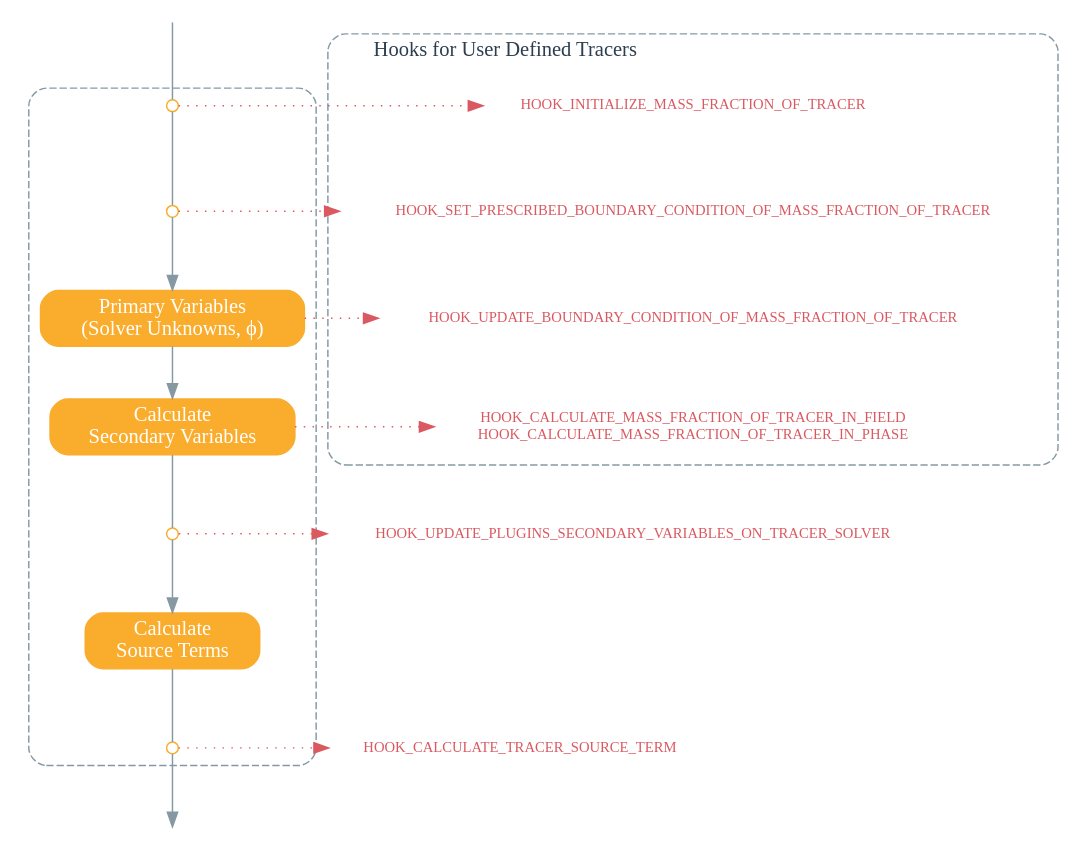
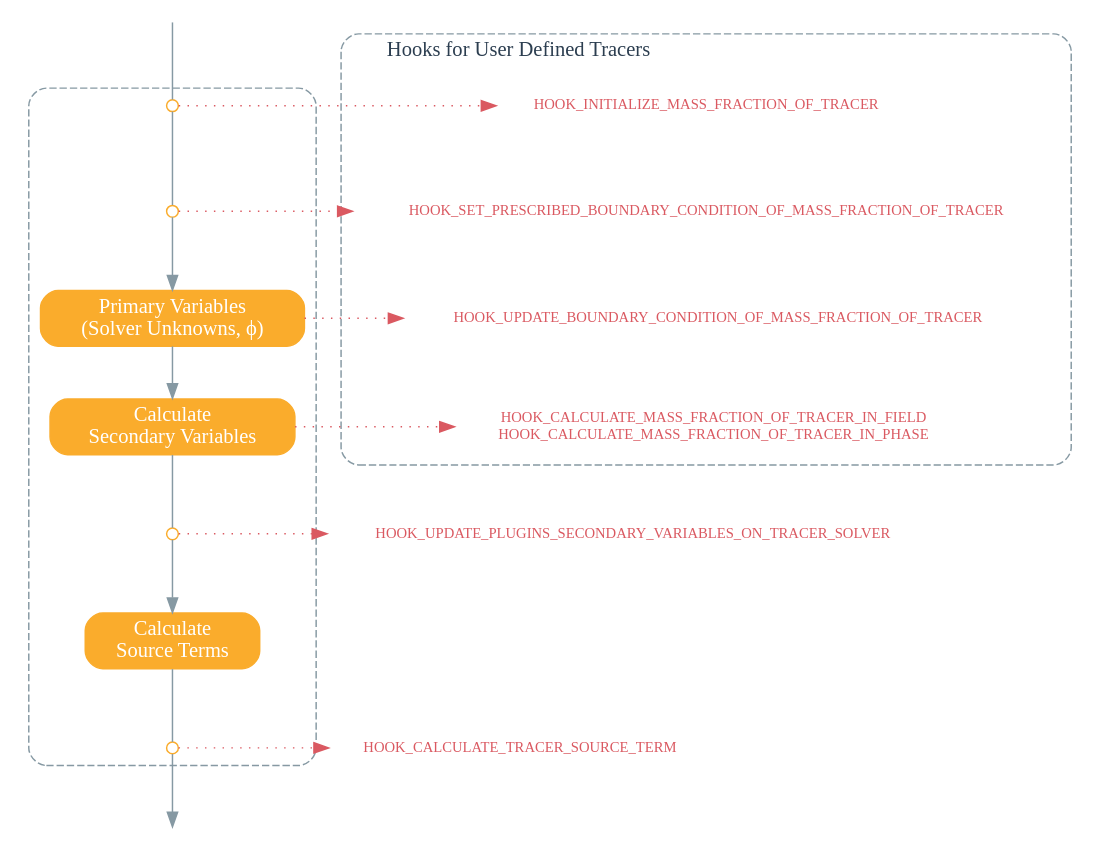
One commit to ESSS/alfasim-sdk changed the diagram in docs/source/_static/graphviz/tracer_solver.dot. Above: the diagram before and after it, drawn with Graphviz. The commit also changed 3 other files, not shown here.

Commit message:
Update graphviz

```diff
--- a/docs/source/_static/graphviz/tracer_solver.dot
+++ b/docs/source/_static/graphviz/tracer_solver.dot
@@ -1,70 +1,69 @@
 digraph {
-        nodesep = 0.1
+        nodesep = 0.7
         newrank=true
         node [fillcolor="#FAAC2C" style="rounded, filled" color="#FAAC2C" fontcolor="#ffffff" shape="rectangular"]
         edge [ color="#8699A3" fontcolor="#2c3e50" ]
 
         tracer_1 [label="Primary Variables \n (Solver Unknowns, ϕ) "]
         tracer_2 [label="Calculate \n Secondary Variables"]
         tracer_3 [label="Calculate \n Source Terms"]
 
         invisible_init [shape=point, style=invis]
         invisible_end [shape=point, style=invis]
 
         node[shape = point, width = 0, peripheries="2" ]
         hook_initialize_user_defined_tracer_point
         hook_set_bc_user_defined_tracer_point
         hook_update_variables_point
         hook_calculate_source_terms_point
 
         node[peripheries="0" shape="cds", color="#DA5961",  fontcolor="#DA5961" , style="" target="_top" fontsize=10]
         hook_initialize_user_defined_tracer [label=" HOOK_INITIALIZE_MASS_FRACTION_OF_TRACER" URL="../06_solver_hooks.html#alfasim_sdk.hook_specs.initialize_mass_fraction_of_tracer"]
         hook_set_bc_user_defined_tracer [label=" HOOK_SET_PRESCRIBED_BOUNDARY_CONDITION_OF_MASS_FRACTION_OF_TRACER", URL="../06_solver_hooks.html#alfasim_sdk.hook_specs.set_prescribed_boundary_condition_of_mass_fraction_of_tracer"]
         hook_update_variables [label=" HOOK_UPDATE_PLUGINS_SECONDARY_VARIABLES_ON_TRACER_SOLVER", URL="../06_solver_hooks.html#alfasim_sdk.hook_specs.update_plugins_secondary_variables_on_tracer_solver"]
         hook_calculate_tracer_source_terms [label=" HOOK_CALCULATE_TRACER_SOURCE_TERM" URL="../06_solver_hooks.html#alfasim_sdk.hook_specs.calculate_tracer_source_term"]
         hook_update_bc_user_defined_tracer [label=" HOOK_UPDATE_BOUNDARY_CONDITION_OF_MASS_FRACTION_OF_TRACER" URL="../06_solver_hooks.html#alfasim_sdk.hook_specs.update_boundary_condition_of_mass_fraction_of_tracer"]
         hook_calculate_mass_fraction_of_tracer_in_field [label=" HOOK_CALCULATE_MASS_FRACTION_OF_TRACER_IN_FIELD \n HOOK_CALCULATE_MASS_FRACTION_OF_TRACER_IN_PHASE" URL="../06_solver_hooks.html#alfasim_sdk.hook_specs.calculate_mass_fraction_of_tracer_in_phase" ]
 
         {rank = same   hook_update_variables_point   hook_update_variables}
         {rank = same   hook_calculate_source_terms_point   hook_calculate_tracer_source_terms   }
         {rank = same   hook_initialize_user_defined_tracer_point   hook_initialize_user_defined_tracer   }
         {rank = same   hook_set_bc_user_defined_tracer_point   hook_set_bc_user_defined_tracer   }
         {rank = same   tracer_1   hook_update_bc_user_defined_tracer   }
         {rank = same   tracer_2   hook_calculate_mass_fraction_of_tracer_in_field}
 
-        // Main Flow
         invisible_init -> hook_initialize_user_defined_tracer_point [arrowhead=none]
         hook_calculate_source_terms_point -> invisible_end
 
         subgraph cluster1{
             labeljust="l"
             style="rounded, dashed"
             color="#8699A3"
 
             hook_initialize_user_defined_tracer_point -> hook_set_bc_user_defined_tracer_point [arrowhead=none]
             hook_set_bc_user_defined_tracer_point-> tracer_1
             tracer_1 -> tracer_2
             tracer_2 -> hook_update_variables_point [arrowhead=none]
             hook_update_variables_point -> tracer_3
             tracer_3 -> hook_calculate_source_terms_point [arrowhead=none]
         }
 
         edge[constraint=false, style=dotted, color="#DA5961"]
 
         subgraph cluster2{
             label="Hooks for User Defined Tracers"
             labeljust="l"
             fontcolor="#2c3e50"
             style="rounded, dashed"
             color="#8699A3"
 
             hook_initialize_user_defined_tracer_point -> hook_initialize_user_defined_tracer
             hook_set_bc_user_defined_tracer_point -> hook_set_bc_user_defined_tracer
             tracer_1 -> hook_update_bc_user_defined_tracer
             tracer_2 -> hook_calculate_mass_fraction_of_tracer_in_field
         }
 
         hook_calculate_source_terms_point -> hook_calculate_tracer_source_terms
         hook_update_variables_point -> hook_update_variables
 
     }
```
